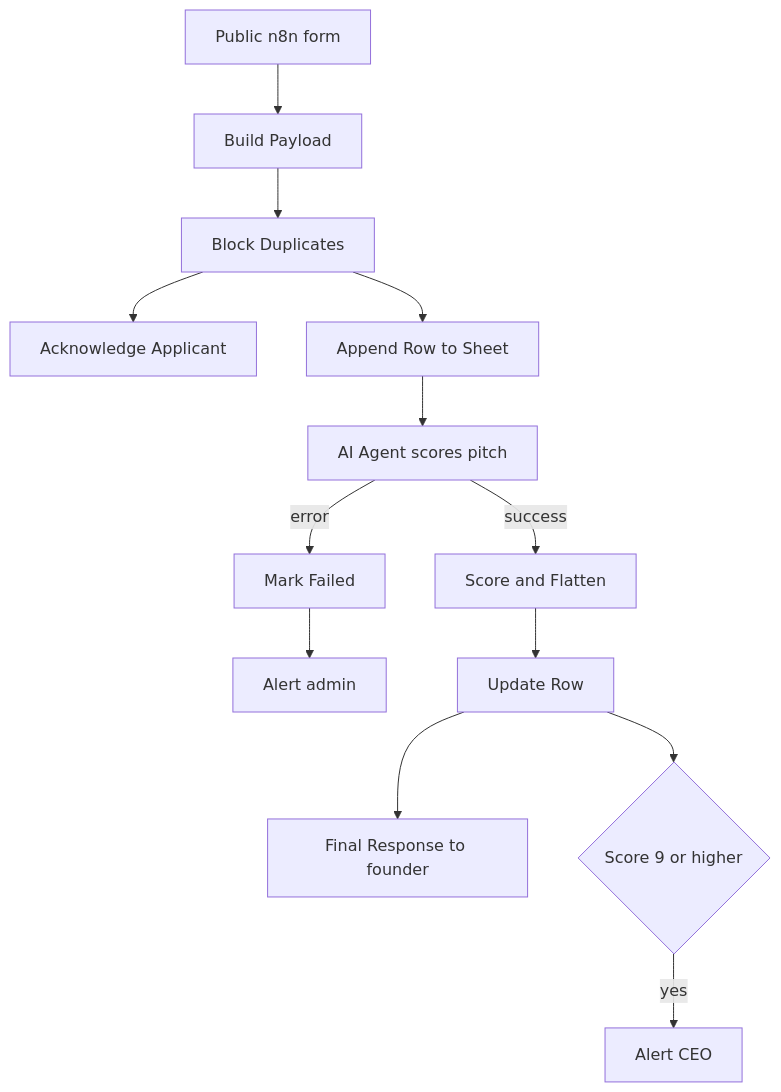
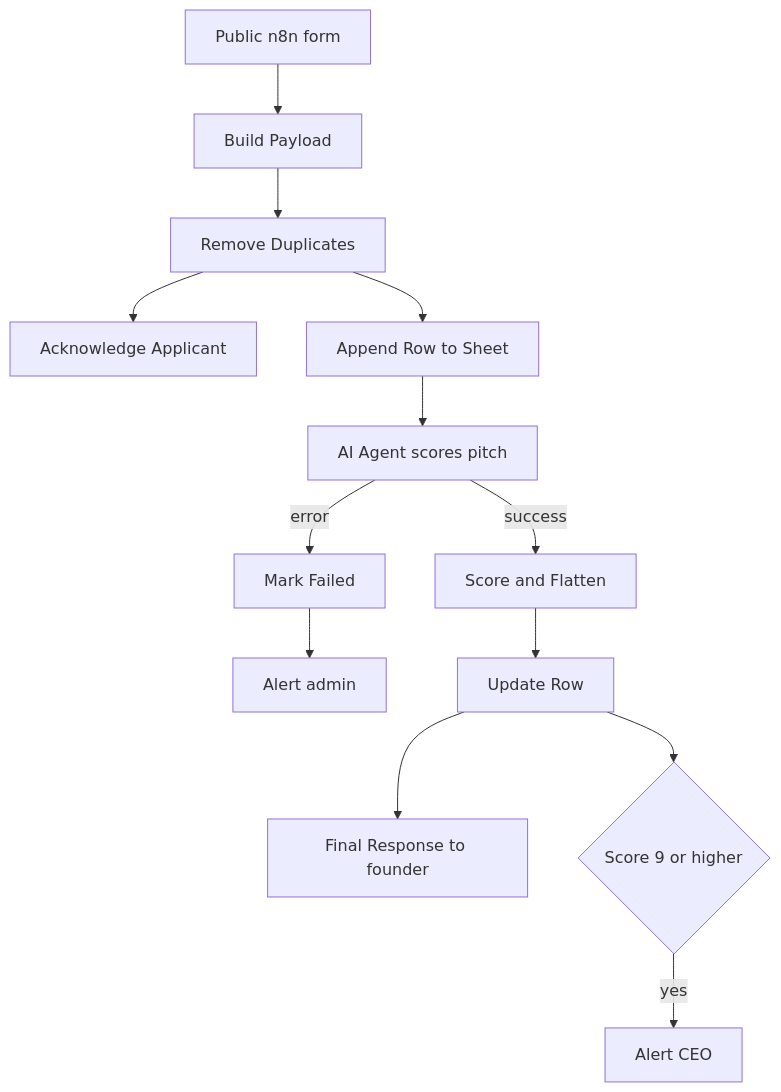
The first of 2 diagrams in README.md (aristechmarvel/n8n-ai-pitch-screening), drawn with Mermaid before and after one commit. The commit also changed other lines of this file and 8 other files, not shown here.

````diff
--- a/README.md
+++ b/README.md
@@ -30,15 +46,15 @@
 ```mermaid
 flowchart TD
     A[Public n8n form] --> B[Build Payload]
-    B --> C[Block Duplicates]
+    B --> C[Remove Duplicates]
     C --> D[Acknowledge Applicant]
     C --> E[Append Row to Sheet]
     E --> F[AI Agent scores pitch]
     F -->|success| G[Score and Flatten]
     F -->|error| H[Mark Failed]
     H --> I[Alert admin]
     G --> J[Update Row]
     J --> K[Final Response to founder]
     J --> L{Score 9 or higher}
     L -->|yes| M[Alert CEO]
 ```
````
